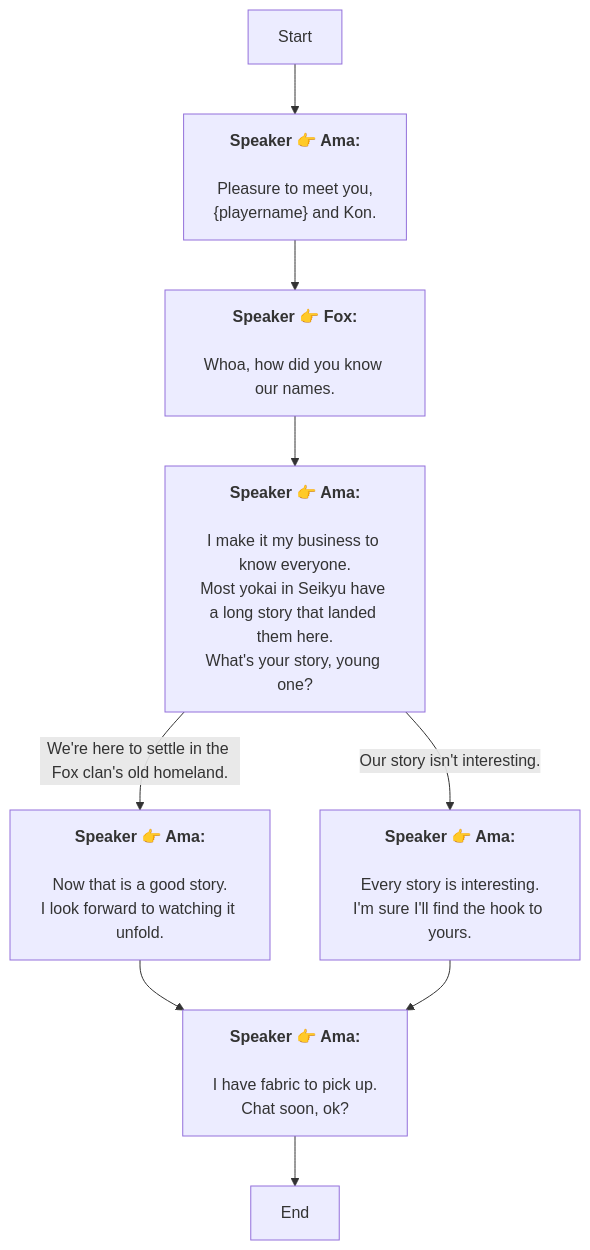
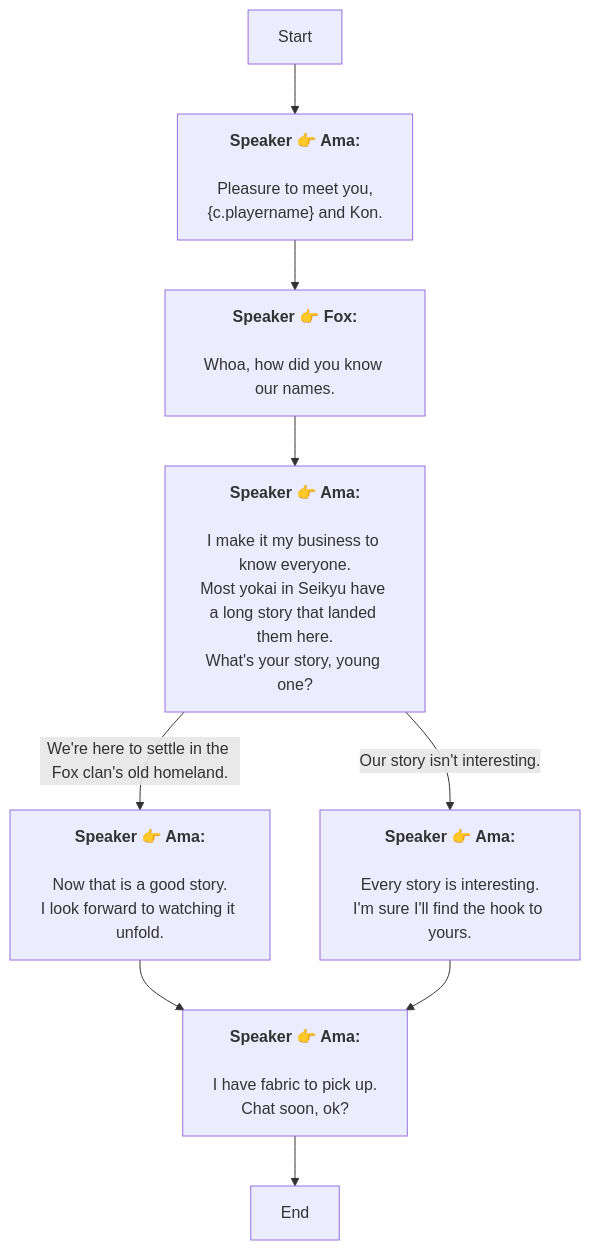
One commit to SoftHu/tos_avg changed the diagram in Zh/AddDialogNode_1769061642492993.md. Above: the diagram before and after it, drawn with Mermaid. The commit also changed 410 other files, not shown here.

````diff
--- a/Zh/AddDialogNode_1769061642492993.md
+++ b/Zh/AddDialogNode_1769061642492993.md
@@ -1,24 +1,24 @@
 ```mermaid
 graph
 Start -->1769061837914180[<b>Speaker 👉 Ama:</b>
 \nPleasure to meet you, 
-&lbrace;playername&rbrace; and Kon.]
+&lbrace;c.playername&rbrace; and Kon.]
 1769061837914180 -->1769061887559749[<b>Speaker 👉 Fox:</b>
-\nWhoa, how did you know our names. ]
+\nWhoa, how did you know our names.]
 1769061887559749 -->1769061907031110[<b>Speaker 👉 Ama:</b>
-\nI make it my business to know everyone.\nMost yokai in Seikyu have a long story that landed them here.\nWhat's your story, young one? ]
+\nI make it my business to know everyone.\nMost yokai in Seikyu have a long story that landed them here.\nWhat's your story, young one?]
 1769061907031110 -->|We're here to settle in the Fox clan's old homeland.|1769061974172751[<b>Speaker 👉 Ama:</b>
 \nNow that is a good story.
-I look forward to watching it unfold. ]
-1769061907031110 -->|Our story isn't interesting. |1769061991001168[<b>Speaker 👉 Ama:</b>
+I look forward to watching it unfold.]
+1769061907031110 -->|Our story isn't interesting.|1769061991001168[<b>Speaker 👉 Ama:</b>
 \nEvery story is interesting.
-I'm sure I'll find the hook to yours. ]
+I'm sure I'll find the hook to yours.]
 1769061974172751 -->1769062005501009[<b>Speaker 👉 Ama:</b>
 \nI have fabric to pick up.
-Chat soon, ok? ]
+Chat soon, ok?]
 1769062005501009 -->1769061971565646[End]
 1769061991001168 -->1769062005501009[<b>Speaker 👉 Ama:</b>
 \nI have fabric to pick up.
-Chat soon, ok? ]
+Chat soon, ok?]
 
 ```
````
